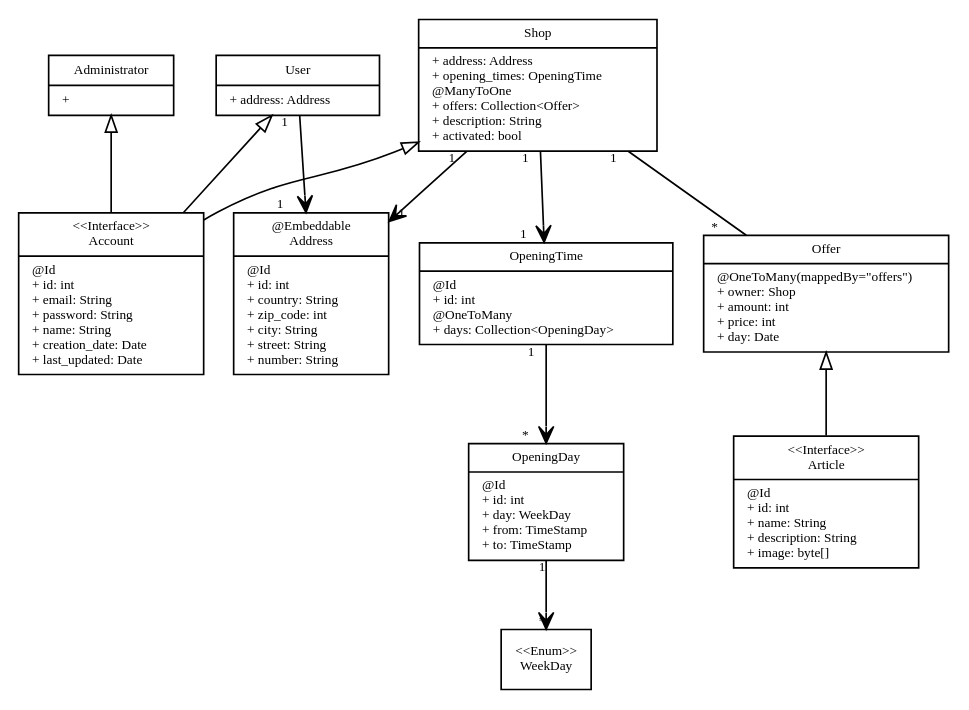
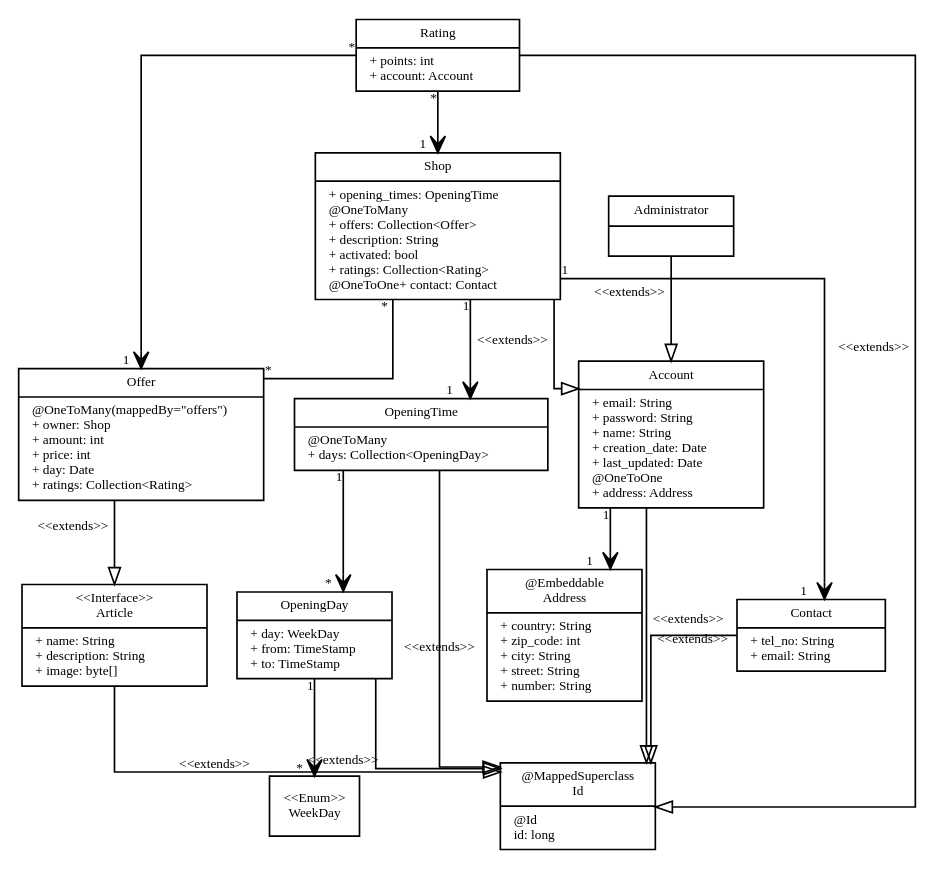
Before and after one commit to vbrandl/tidli: the diagram in docs/tidli.dot, drawn with Graphviz. The commit also changed 4 other files, not shown here.

```diff
--- a/docs/tidli.dot
+++ b/docs/tidli.dot
@@ -1,123 +1,169 @@
 digraph G {
+	graph [ splines=ortho ]
 	fontname = "Inconsolata"
 	fontsize = 8
 
 	node [
 		fontname = "Inconsolata"
 		fontsize = 8
 		shape = "record"
 	]
 
 	edge [
 		fontname = "Inconsolata"
 		fontsize = 8
-		arrowtail = "empty"
 	]
 
+	Id [
+		label = "{@MappedSuperclass\n
+			Id|
+			@Id\l
+			id: long\l
+			}"
+	]
+
+	{
+		edge [ arrowhead=empty xlabel="<<extends>>" ]
+		Account -> Id
+		Article -> Id
+		OpeningTime -> Id
+		OpeningDay -> Id
+		Rating -> Id
+		Contact -> Id
+	}
+
 	Account [
-		label = "{\<\<Interface\>\>\n
-		Account|
-		@Id\l
-		+ id: int\l
-		+ email: String\l
-		+ password: String\l
-		+ name: String\l
-		+ creation_date: Date\l
-		+ last_updated: Date\l
+		label = "{
+			Account|
+			+ email: String\l
+			+ password: String\l
+			+ name: String\l
+			+ creation_date: Date\l
+			+ last_updated: Date\l
+			@OneToOne\l
+			+ address: Address\l
+		}"
+	]
+
+	Contact [
+		label = "{
+			Contact|
+			+ tel_no: String\l
+			+ email: String\l
+		}"
+	]
+
+	Rating [
+		label = "{
+			Rating|
+			+ points: int\l
+			+ account: Account\l
 		}"
 	]
 
 	Shop [
 		label = "{Shop|
-		+ address: Address\l
-		+ opening_times: OpeningTime\l
-		@ManyToOne\l
-		+ offers: Collection\<Offer\>\l
-		+ description: String\l
-		+ activated: bool\l
-		}"
+			+ opening_times: OpeningTime\l
+			@OneToMany\l
+			+ offers: Collection\<Offer\>\l
+			+ description: String\l
+			+ activated: bool\l
+			+ ratings: Collection\<Rating\>\l
+			@OneToOne
+			+ contact: Contact\l
+			}"
 	]
 
-	User [
-		label = "{User|
-		+ address: Address\l
-		}"
-	]
+		/* User [ */
+		/* 	label = "{User| */
+		/* 	+ address: Address\l */
+		/* 	}" */
+		/* ] */
 
 	OpeningTime [
 		label = "{OpeningTime|
-		@Id\l
-		+ id: int\l
-		@OneToMany\l
-		+ days: Collection\<OpeningDay\>\l
-		}"
+			@OneToMany\l
+			+ days: Collection\<OpeningDay\>\l
+			}"
 	]
 
 	OpeningDay [
 		label = "{OpeningDay|
-		@Id\l
-		+ id: int\l
-		+ day: WeekDay\l
-		+ from: TimeStamp\l
-		+ to: TimeStamp\l
-		}"
+			+ day: WeekDay\l
+			+ from: TimeStamp\l
+			+ to: TimeStamp\l
+			}"
 	]
-
-	OpeningDay -> WeekDay [arrowhead=vee taillabel="1" headlabel="*"]
 
 	WeekDay [
 		label ="{\<\<Enum\>\>\n
-		WeekDay
-		}"
+			WeekDay
+			}"
 	]
 
 	Address [
 		label = "{@Embeddable\n
-		Address|
-		@Id\l
-		+ id: int\l
-		+ country: String\l
-		+ zip_code: int\l
-		+ city: String\l
-		+ street: String\l
-		+ number: String\l
-		}"
+			Address|
+			+ country: String\l
+			+ zip_code: int\l
+			+ city: String\l
+			+ street: String\l
+			+ number: String\l
+			}"
 	]
 
 	Administrator [
-		label = "{Administrator|
-		+ \l
-		}"
+		label = "{Administrator|}"
+/* + \l */
 	]
 
 	Article [
 		label = "{\<\<Interface\>\>\n
-		Article|
-		@Id\l
-		+ id: int\l
-		+ name: String\l
-		+ description: String\l
-		+ image: byte[]\l
-		}"
+			Article|
+			+ name: String\l
+			+ description: String\l
+			+ image: byte[]\l
+			}"
 	]
 
 	Offer [
 		label = "{Offer|
-		@OneToMany(mappedBy=\"offers\")\l
-		+ owner: Shop\l
-		+ amount: int\l
-		+ price: int\l
-		+ day: Date\l
-		}"
+			@OneToMany(mappedBy=\"offers\")\l
+			+ owner: Shop\l
+			+ amount: int\l
+			+ price: int\l
+			+ day: Date\l
+			+ ratings: Collection\<Rating\>\l
+			}"
 	]
 
-	Administrator -> Account [dir=back]
-	Shop -> Account [dir=back]
-	User -> Account [dir=back]
-	OpeningTime -> OpeningDay [arrowhead=vee headlabel="*   " taillabel="1  "]
-	Shop -> OpeningTime [arrowhead=vee headlabel="1   " taillabel="1  "]
-	Shop -> Address [arrowhead=vee headlabel="1    " taillabel="1  "]
-	User -> Address [arrowhead=vee headlabel="1    " taillabel="1  "]
-	Offer -> Article [dir=back]
-	Shop -> Offer [dir=none headlabel="*     " taillabel="1  "]
+	{
+		edge [ arrowhead=empty xlabel="<<extends>>" ]
+		Shop -> Account
+		Administrator -> Account
+		Offer -> Article
+	}
+	{
+		edge [ arrowhead=vee taillabel="1" headlabel="*  " ]
+		OpeningDay -> WeekDay
+		OpeningTime -> OpeningDay
+	}
+	{
+		edge [ arrowhead=vee taillabel="*" headlabel="1  "]
+		Rating -> Shop
+		Rating -> Offer
+	}
+	{
+		edge [ arrowhead=vee taillabel="1" headlabel="1   " ]
+		Shop -> OpeningTime
+		Account -> Address
+		Shop -> Contact
+	}
+	{
+		edge [ dir=none taillabel="* " headlabel = "*"]
+		Shop -> Offer [
+			/* taillabel="* \nofferingShop" */
+			/* headlabel="*\nofferedArticles" */
+		]
+	}
 }
```
